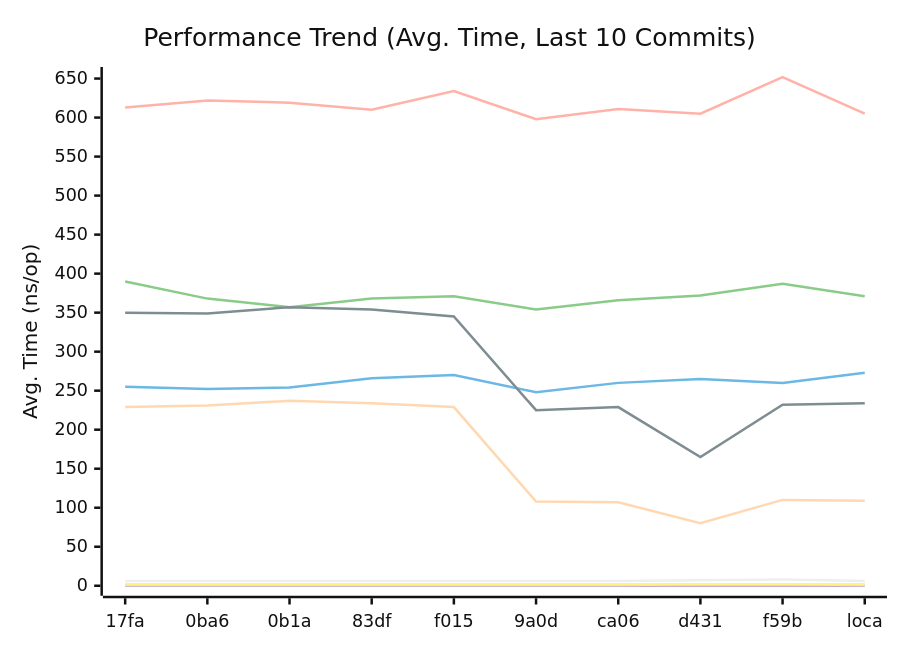
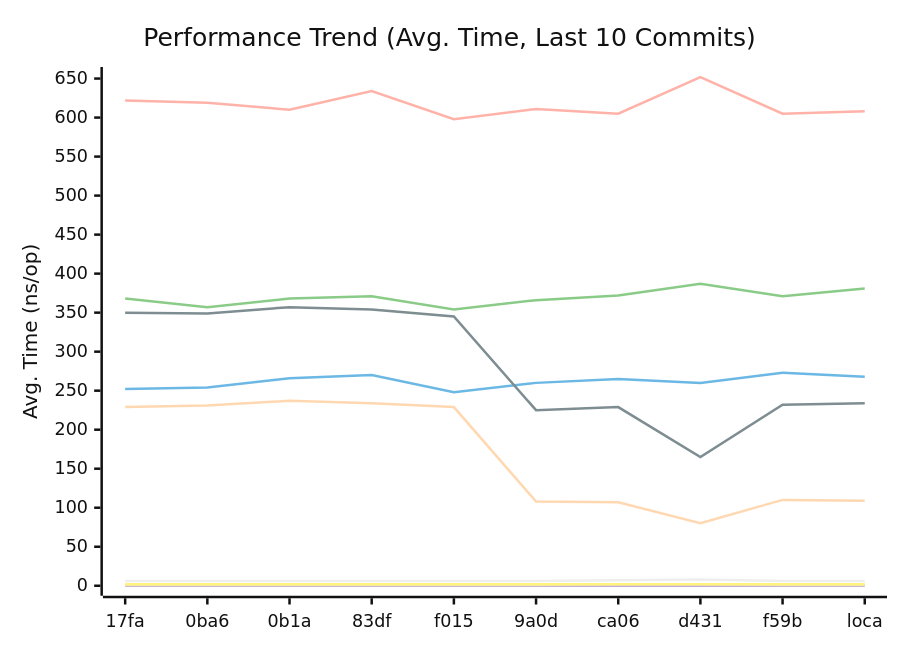
One commit to alsotoes/momo changed the first of 3 diagrams in docs/PERFORMANCE.md. Above: the diagram before and after it, drawn with Mermaid (neutral theme). The commit also changed other lines of this file and 3 other files, not shown here.

````diff
--- a/docs/PERFORMANCE.md
+++ b/docs/PERFORMANCE.md
@@ -80,16 +80,16 @@
 ```mermaid
 xychart-beta
     title "Performance Trend (Avg. Time, Last 10 Commits)"
     x-axis "Commit"
     y-axis "Avg. Time (ns/op)"
     x-axis [17fa,0ba6,0b1a,83df,f015,9a0d,ca06,d431,f59b,loca]
-    line "CheckMetricsAndSwap" [6,6,6,6,6,6,6,7,8,6]
-    line "CrushOptimized" [255,252,254,266,270,248,260,265,260,273]
-    line "CrushOriginal" [390,368,357,368,371,354,366,372,387,371]
+    line "CheckMetricsAndSwap" [6,6,6,6,6,6,7,8,6,6]
+    line "CrushOptimized" [252,254,266,270,248,260,265,260,273,268]
+    line "CrushOriginal" [368,357,368,371,354,366,372,387,371,381]
     line "IndexDirectTracking" [0,0,0,0,0,0,0,0,0,0]
-    line "IndexSearch" [1,1,1,1,1,1,1,2,2,1]
-    line "LoadGlobalConfig" [613,622,619,610,634,598,611,605,652,605]
+    line "IndexSearch" [1,1,1,1,1,1,2,2,1,1]
+    line "LoadGlobalConfig" [622,619,610,634,598,611,605,652,605,608]
     line "PadString" [2,2,2,2,2,2,2,2,2,2]
     line "ParseReplicationOrder_NoPrealloc" [350,349,357,354,345,225,229,165,232,234]
     line "ParseReplicationOrder_Prealloc" [229,231,237,234,229,108,107,80,110,109]
 ```
````
